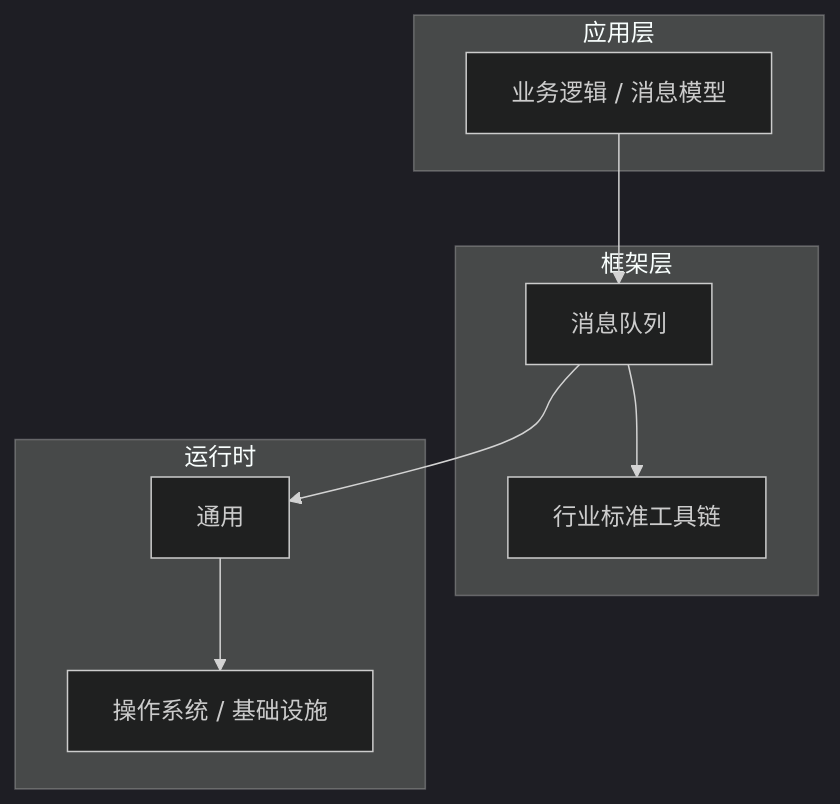
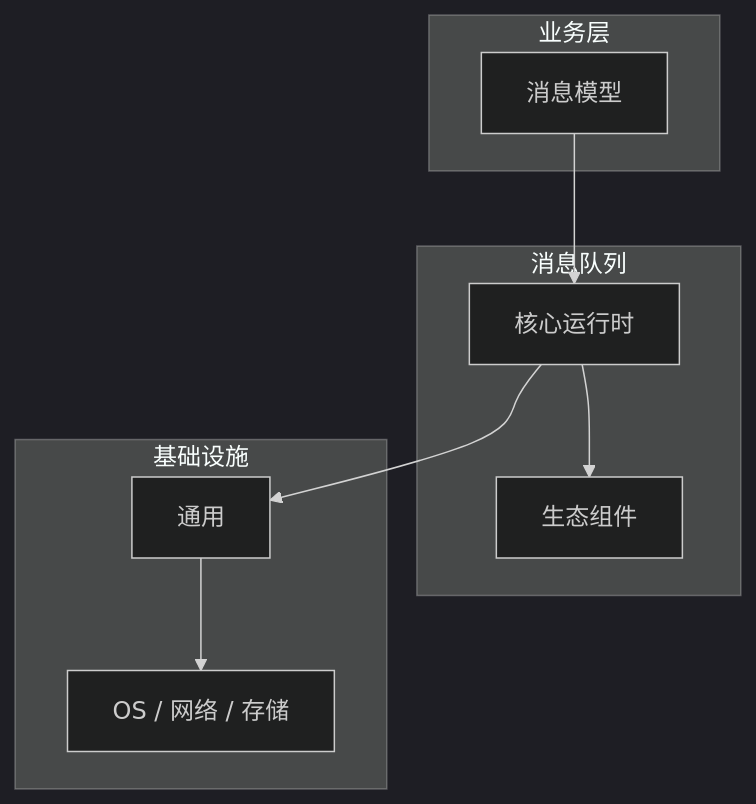
Before and after one commit to yanggan2015/knowledge-json-v2: the diagram in articles/消息队列/chapters/050-消息模型核心概念与原理.md, drawn with Mermaid (dark theme). The commit also changed other lines of this file and 10127 other files, not shown here.

````diff
--- a/articles/消息队列/chapters/050-消息模型核心概念与原理.md
+++ b/articles/消息队列/chapters/050-消息模型核心概念与原理.md
@@ -45,18 +34,18 @@
 ```mermaid
 graph TB
-    subgraph 应用层
-        A[业务逻辑 / 消息模型]
+    subgraph 业务层
+        A[消息模型]
     end
-    subgraph 框架层
-        B[消息队列]
-        C[行业标准工具链]
+    subgraph 消息队列
+        B[核心运行时]
+        C[生态组件]
     end
-    subgraph 运行时
+    subgraph 基础设施
         D[通用]
-        E[操作系统 / 基础设施]
+        E[OS / 网络 / 存储]
     end
     A --> B
     B --> C
     B --> D
     D --> E
 ```
````
